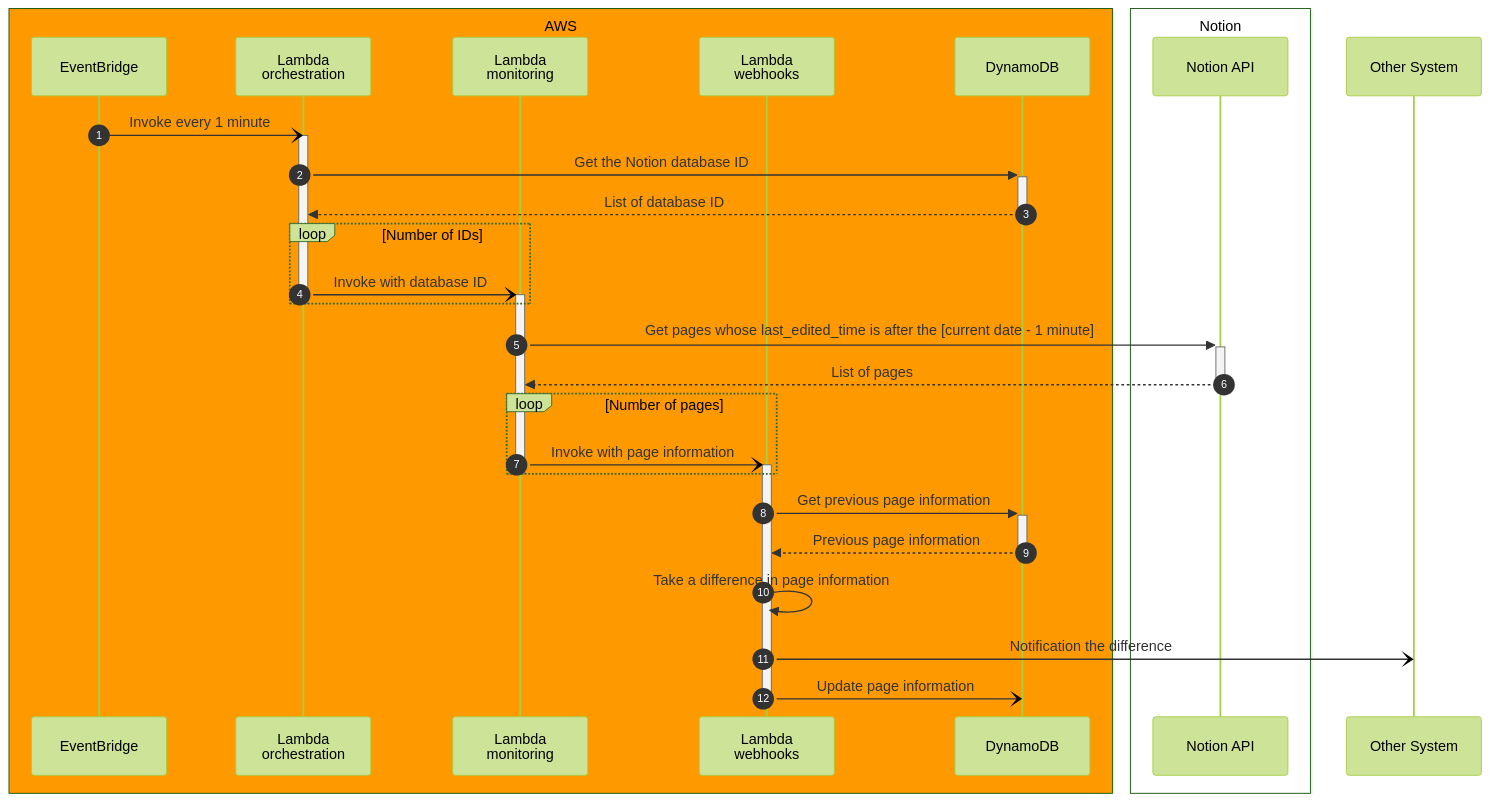
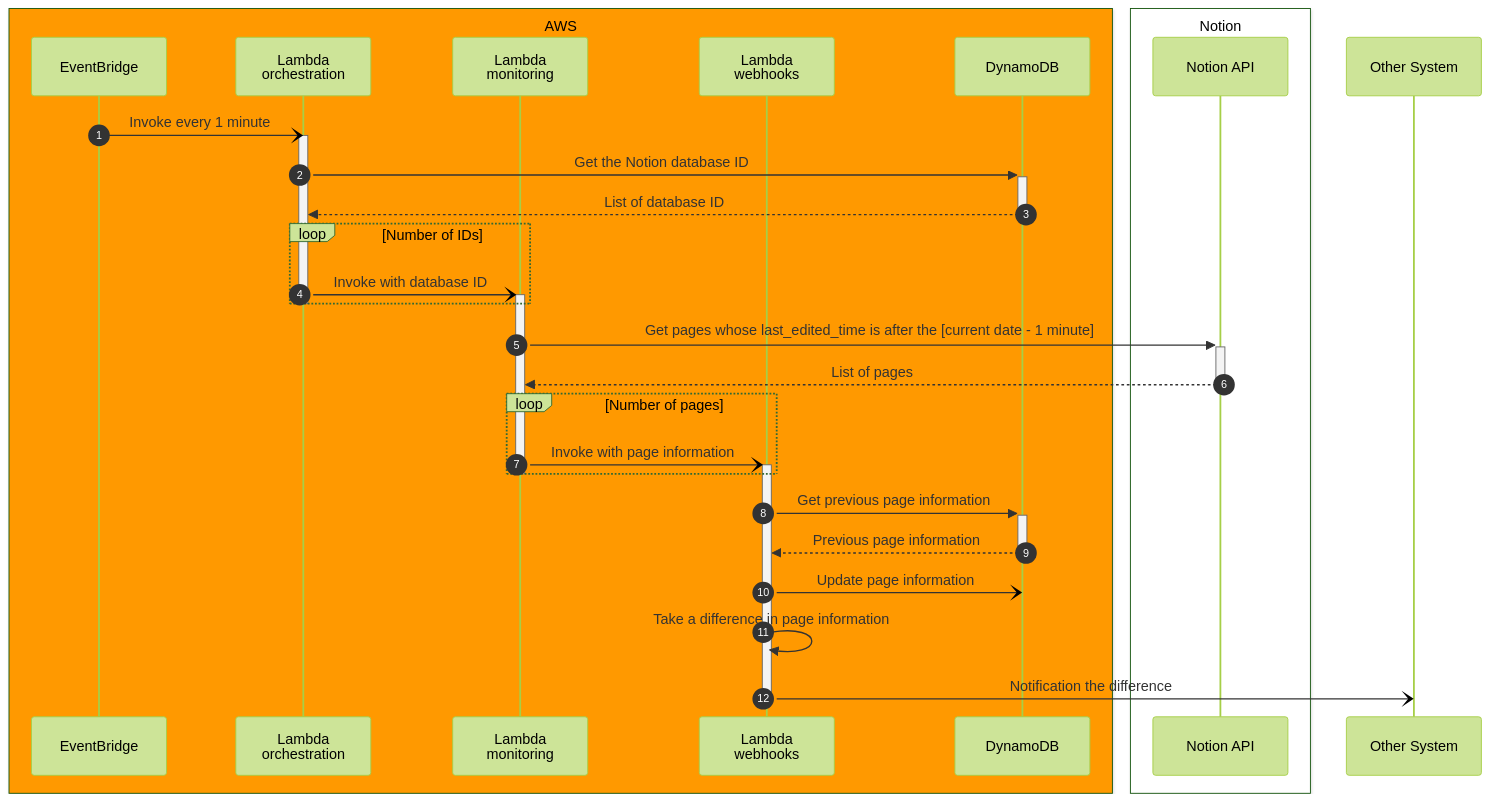
The diagram in docs/design.md (zaki3mymy/Notion-Webhooks), drawn with Mermaid (forest theme) before and after one commit. The commit also changed other lines of this file, not shown here.

````diff
--- a/docs/design.md
+++ b/docs/design.md
@@ -42,42 +43,42 @@
 ```mermaid
 sequenceDiagram
     autonumber
 
     box rgb(255, 153, 0) AWS
     participant EB as EventBridge
     participant L0 as Lambda<br>orchestration
     participant L1 as Lambda<br>monitoring
     participant L2 as Lambda<br>webhooks
     participant DynamoDB
     end
     box rgb(255, 255, 255) Notion
     participant Notion as Notion API
     end
     participant Other System
 
     EB -) L0: Invoke every 1 minute
 
     activate L0
 
     L0 ->>+ DynamoDB: Get the Notion database ID
     DynamoDB -->>- L0: List of database ID
     loop Number of IDs
         L0 -)+ L1: Invoke with database ID
     end
     deactivate L0
 
     L1 ->>+ Notion: Get pages whose last_edited_time is after the [current date - 1 minute]
     Notion -->>- L1: List of pages
 
     loop Number of pages
         L1 -)+ L2: Invoke with page information
     end
     deactivate L1
 
     L2 ->>+ DynamoDB: Get previous page information
     DynamoDB -->>- L2: Previous page information
+    L2 -) DynamoDB: Update page information
     L2 ->> L2: Take a difference in page information
     L2 -) Other System: Notification the difference
-    L2 -) DynamoDB: Update page information
     deactivate L2
 ```
````
